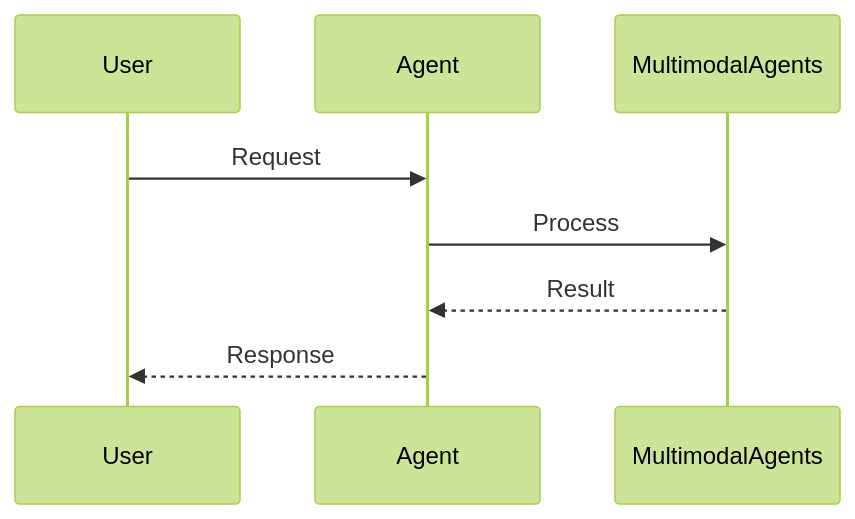
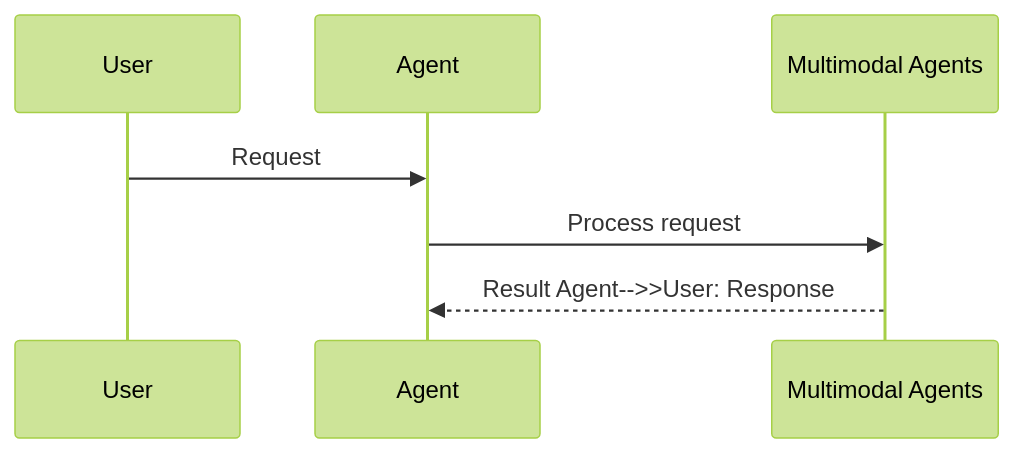
The second of 2 diagrams in docs/features/multimodal.mdx (MervinPraison/PraisonAIDocs), drawn with Mermaid (forest theme) before and after one commit. The commit also changed 204 other files, not shown here.

First line of the commit message:
docs: align feature/tool pages with AGENTS.md hero + sequence + import standards (fixes #1775)

````diff
--- a/docs/features/multimodal.mdx
+++ b/docs/features/multimodal.mdx
@@ -45,11 +45,10 @@
 ```mermaid
 sequenceDiagram
     participant User
     participant Agent
-    participant MultimodalAgents
+    participant Feature as Multimodal Agents
 
     User->>Agent: Request
-    Agent->>MultimodalAgents: Process
-    MultimodalAgents-->>Agent: Result
-    Agent-->>User: Response
+    Agent->>Feature: Process request
+    Feature-->>Agent: Result    Agent-->>User: Response
 ```
````
